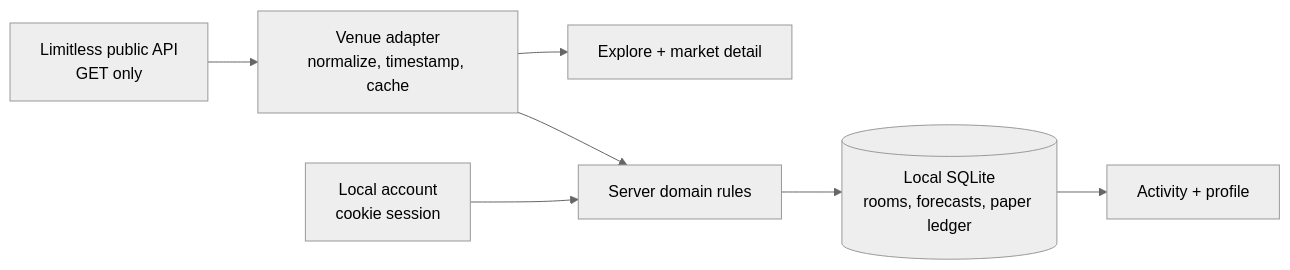
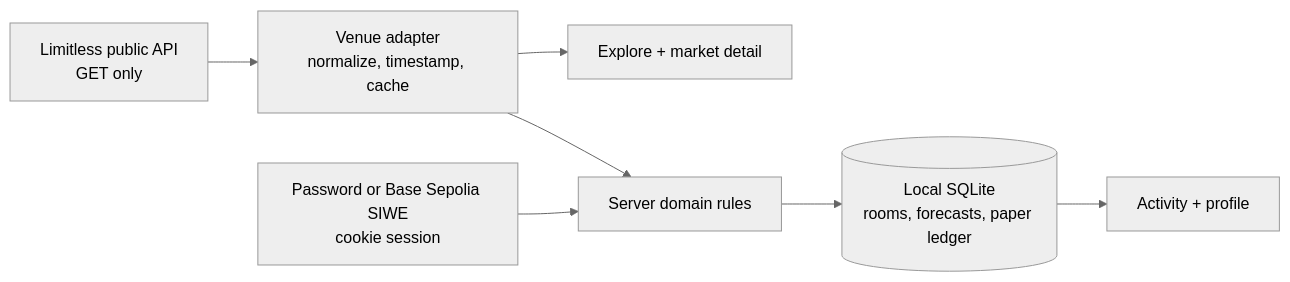
Before and after one commit to Zireaelst/base-prediction-market: the diagram in README.md, drawn with Mermaid (neutral theme). The commit also changed other lines of this file and 7 other files, not shown here.

````diff
--- a/README.md
+++ b/README.md
@@ -69,9 +74,9 @@
 ```mermaid
 flowchart LR
   L["Limitless public API<br/>GET only"] --> V["Venue adapter<br/>normalize, timestamp, cache"]
   V --> E["Explore + market detail"]
   V --> D["Server domain rules"]
-  U["Local account<br/>cookie session"] --> D
+  U["Password or Base Sepolia SIWE<br/>cookie session"] --> D
   D --> S[("Local SQLite<br/>rooms, forecasts, paper ledger")]
   S --> A["Activity + profile"]
 ```
````
